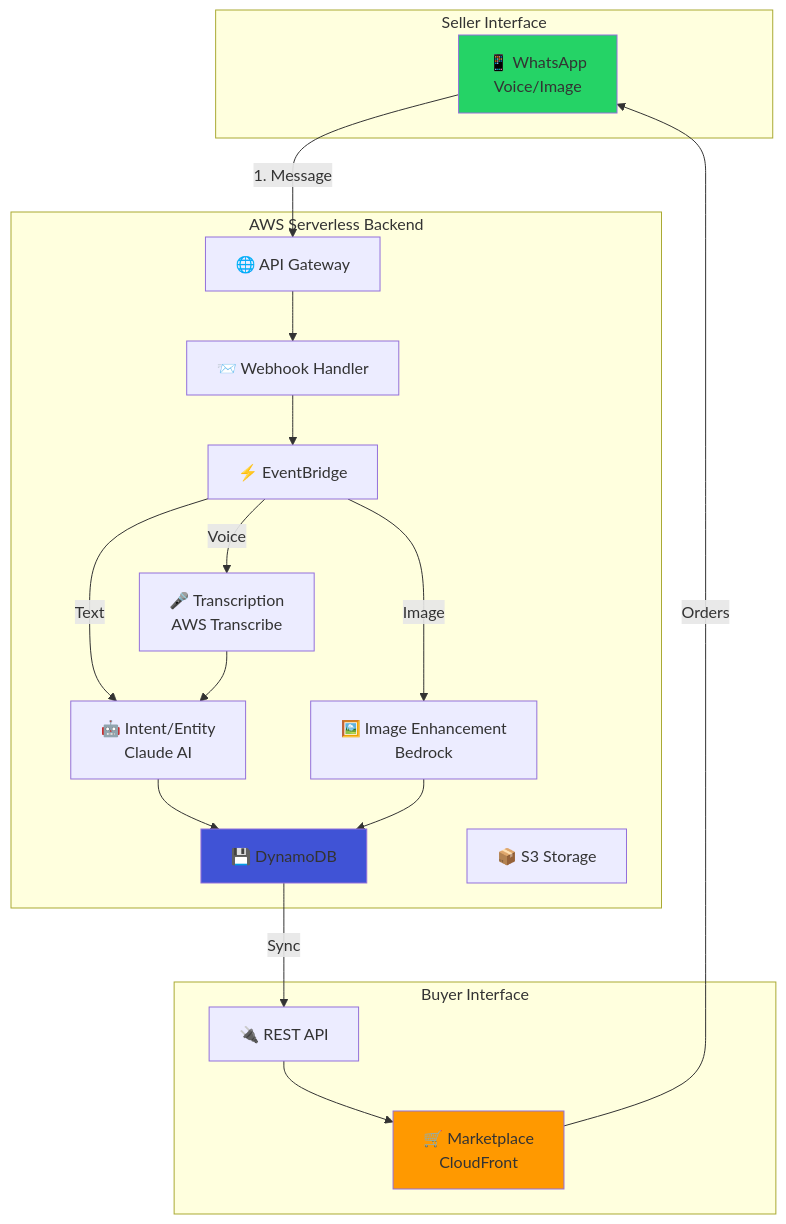
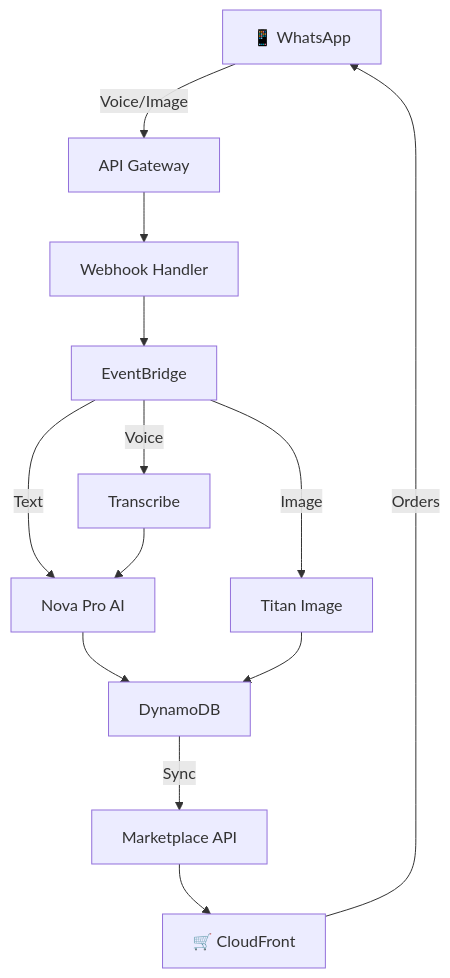
The diagram in README.md (decode-soumyadipta/AWS_Bharat), drawn with Mermaid before and after one commit. The commit also changed other lines of this file, not shown here.

````diff
--- a/README.md
+++ b/README.md
@@ -49,39 +34,15 @@
 ```mermaid
 graph TB
-    subgraph "Seller Interface"
-        A[📱 WhatsApp<br/>Voice/Image]
-    end
-    
-    subgraph "AWS Serverless Backend"
-        B[🌐 API Gateway]
-        C[📨 Webhook Handler]
-        D[⚡ EventBridge]
-        E[🎤 Transcription<br/>AWS Transcribe]
-        F[🤖 Intent/Entity<br/>Claude AI]
-        G[🖼️ Image Enhancement<br/>Bedrock]
-        H[💾 DynamoDB]
-        I[📦 S3 Storage]
-    end
-    
-    subgraph "Buyer Interface"
-        J[🛒 Marketplace<br/>CloudFront]
-        K[🔌 REST API]
-    end
-    
-    A -->|1. Message| B
-    B --> C
-    C --> D
-    D -->|Voice| E
-    D -->|Text| F
-    D -->|Image| G
+    A[📱 WhatsApp] -->|Voice/Image| B[API Gateway]
+    B --> C[Webhook Handler]
+    C --> D[EventBridge]
+    D -->|Voice| E[Transcribe]
+    D -->|Text| F[Nova Pro AI]
+    D -->|Image| G[Titan Image]
     E --> F
-    F --> H
+    F --> H[DynamoDB]
     G --> H
-    H -->|Sync| K
-    K --> J
+    H -->|Sync| I[Marketplace API]
+    I --> J[🛒 CloudFront]
     J -->|Orders| A
-    
-    style A fill:#25D366
-    style J fill:#FF9900
-    style H fill:#4053D6
 ```
````
